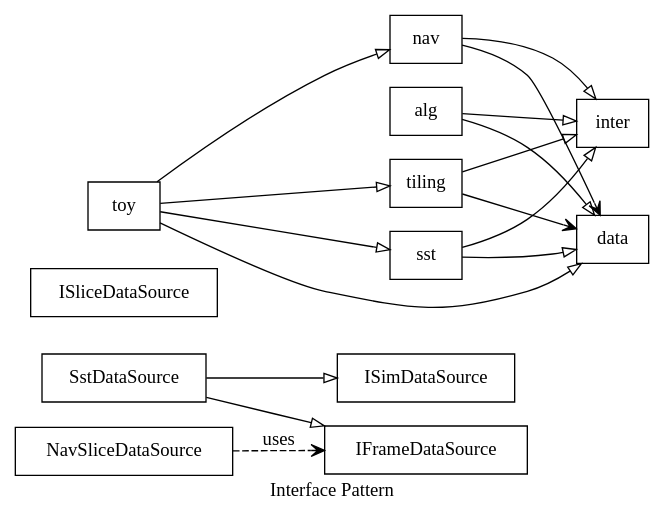
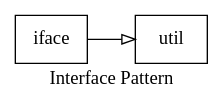
One commit to WireCell/wire-cell-docs changed the diagram in img/packages.dot. Above: the diagram before and after it, drawn with Graphviz. The commit also changed 5 other files, not shown here.

```diff
--- a/img/packages.dot
+++ b/img/packages.dot
@@ -1,40 +1,13 @@
 digraph "Packages" {
 	label = "Interface Pattern";
 	rankdir=LR;
 	
 	node[shape=box];
 	edge[arrowhead=onormal];
 
-	IFrameDataSource;
-	ISimDataSource
-	ISliceDataSource;
+	util;
+	iface;
 
-	SstDataSource ->IFrameDataSource;
-	SstDataSource ->ISimDataSource;	
-
-	NavSliceDataSource->IFrameDataSource[label="uses",arrowhead=vee,style=dashed];
+	iface->util;
 	
-
-	data;
-	inter
-
-	nav->inter;
-	nav->data[arrowhead=vee];
-
-	alg->inter;
-	alg->data;
-
-	tiling->inter;
-	tiling->data[arrowhead=vee];
-	
-	sst->inter;
-	sst->data;
-	
-
-	toy->nav;
-	toy->data;
-	toy->tiling;
-	toy->sst;
-	
-
-	}
+}
```
